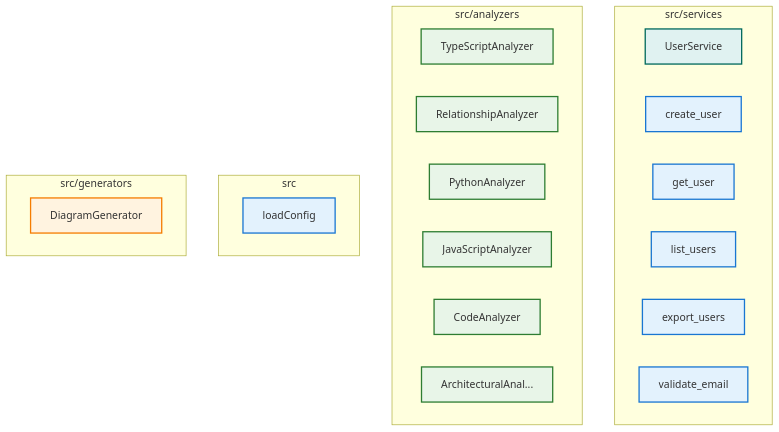
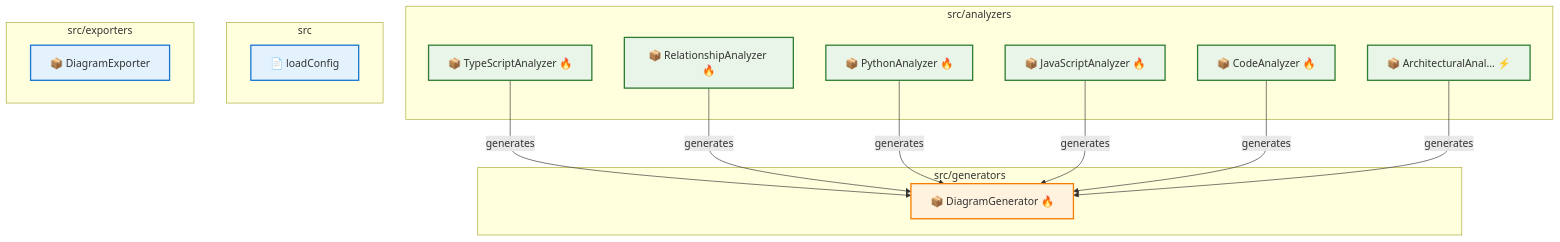
Before and after one commit to samjhill/diagrammer: the diagram in docs/architecture/architecture.md, drawn with Mermaid. The commit also changed other lines of this file and 73 other files, not shown here.

Commit message:
docs: Update architecture diagrams [skip ci]

````diff
--- a/docs/architecture/architecture.md
+++ b/docs/architecture/architecture.md
@@ -15,54 +24,57 @@
 ```mermaid
-graph TD
+graph TB
   classDef component fill:#e3f2fd,stroke:#1976d2,stroke-width:2px
   classDef analyzer fill:#e8f5e8,stroke:#2e7d32,stroke-width:2px
   classDef generator fill:#fff3e0,stroke:#f57c00,stroke-width:2px
   classDef manager fill:#f3e5f5,stroke:#7b1fa2,stroke-width:2px
   classDef service fill:#e0f2f1,stroke:#00695c,stroke-width:2px
   classDef external fill:#ffebee,stroke:#c62828,stroke-width:2px
+  classDef large fill:#e3f2fd,stroke:#1976d2,stroke-width:3px,font-size:14px
+  classDef medium fill:#e3f2fd,stroke:#1976d2,stroke-width:2px,font-size:12px
+  classDef small fill:#e3f2fd,stroke:#1976d2,stroke-width:1px,font-size:10px
   classDef framework fill:#f1f8e9,stroke:#558b2f,stroke-width:2px
   classDef npm fill:#e8eaf6,stroke:#3f51b5,stroke-width:2px
   classDef group fill:#fafafa,stroke:#424242,stroke-width:3px
-
-  subgraph tests_sample_project_src_services["src/services"]
-    UserService["UserService"]
-    create_user["create_user"]
-    get_user["get_user"]
-    list_users["list_users"]
-    export_users["export_users"]
-    validate_email["validate_email"]
-  end
+  classDef relationship fill:#ffeb3b,stroke:#f57f17,stroke-width:2px
+  classDef dependency fill:#ff9800,stroke:#e65100,stroke-width:2px
+  classDef data fill:#4caf50,stroke:#1b5e20,stroke-width:2px
+  classDef api fill:#2196f3,stroke:#0d47a1,stroke-width:2px
 
   subgraph src_analyzers["src/analyzers"]
-    TypeScriptAnalyzer["TypeScriptAnalyzer"]
-    RelationshipAnalyzer["RelationshipAnalyzer"]
-    PythonAnalyzer["PythonAnalyzer"]
-    JavaScriptAnalyzer["JavaScriptAnalyzer"]
-    CodeAnalyzer["CodeAnalyzer"]
-    ArchitecturalAnalyzer["ArchitecturalAnal..."]
+    ArchitecturalAnalyzer["📦 ArchitecturalAnal... ⚡"]
+    CodeAnalyzer["📦 CodeAnalyzer 🔥"]
+    JavaScriptAnalyzer["📦 JavaScriptAnalyzer 🔥"]
+    PythonAnalyzer["📦 PythonAnalyzer 🔥"]
+    RelationshipAnalyzer["📦 RelationshipAnalyzer 🔥"]
+    TypeScriptAnalyzer["📦 TypeScriptAnalyzer 🔥"]
   end
 
   subgraph src["src"]
-    loadConfig["loadConfig"]
+    loadConfig["📄 loadConfig"]
   end
 
   subgraph src_generators["src/generators"]
-    DiagramGenerator["DiagramGenerator"]
+    DiagramGenerator["📦 DiagramGenerator 🔥"]
   end
 
-  UserService:::service
-  create_user:::component
-  get_user:::component
-  list_users:::component
-  export_users:::component
-  validate_email:::component
+  subgraph src_exporters["src/exporters"]
+    DiagramExporter["📦 DiagramExporter"]
+  end
+
   loadConfig:::component
   DiagramGenerator:::generator
+  DiagramExporter:::component
   TypeScriptAnalyzer:::analyzer
   RelationshipAnalyzer:::analyzer
   PythonAnalyzer:::analyzer
   JavaScriptAnalyzer:::analyzer
   CodeAnalyzer:::analyzer
   ArchitecturalAnalyzer:::analyzer
+  TypeScriptAnalyzer -->|generates| DiagramGenerator
+  RelationshipAnalyzer -->|generates| DiagramGenerator
+  PythonAnalyzer -->|generates| DiagramGenerator
+  JavaScriptAnalyzer -->|generates| DiagramGenerator
+  CodeAnalyzer -->|generates| DiagramGenerator
+  ArchitecturalAnalyzer -->|generates| DiagramGenerator
 
 ```
````
